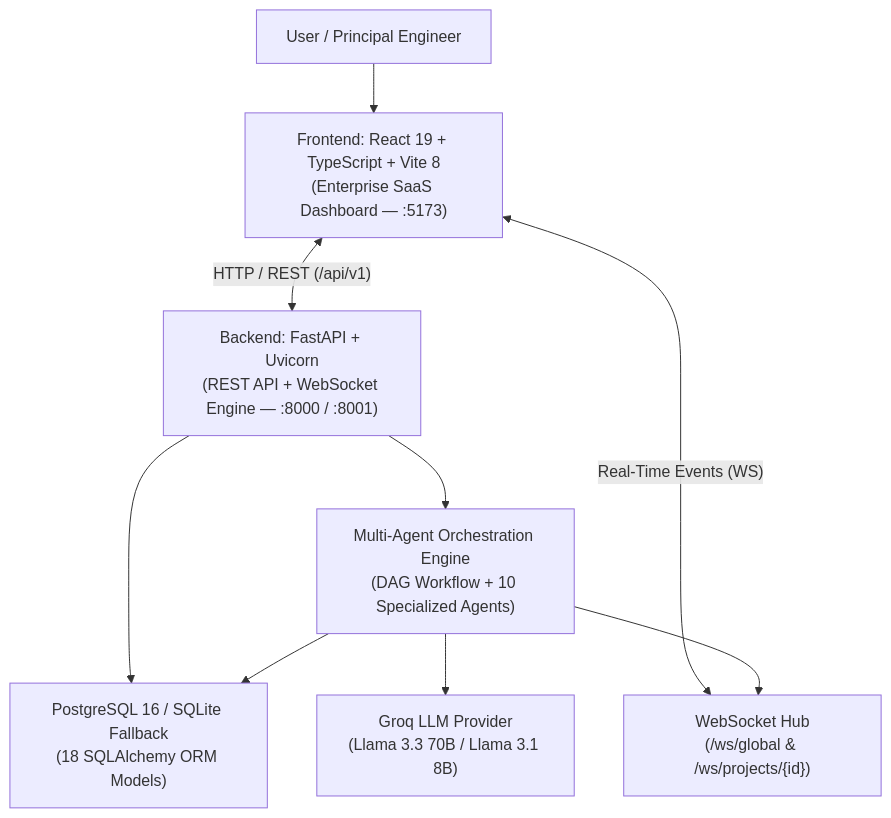
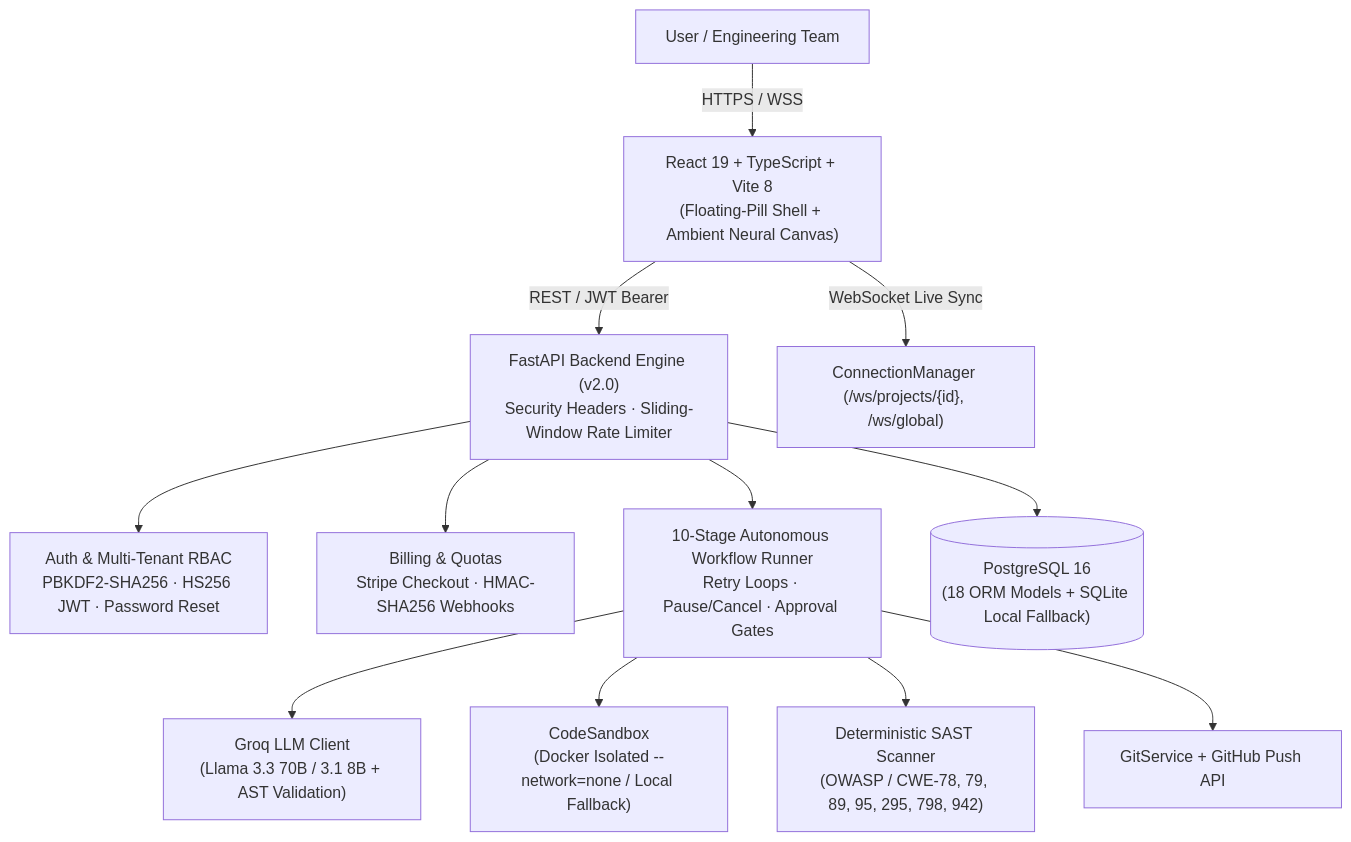
Before and after one commit to mayarmajed2/SYNAPSE-AI-Platform: the diagram in DOCUMENTATION.md, drawn with Mermaid. The commit also changed other lines of this file and 16 other files, not shown here.

````diff
--- a/DOCUMENTATION.md
+++ b/DOCUMENTATION.md
@@ -42,19 +16,17 @@
 ```mermaid
 flowchart TB
-    User["User / Principal Engineer"]
-    FE["Frontend: React 19 + TypeScript + Vite 8\n(Enterprise SaaS Dashboard — :5173)"]
-    API["Backend: FastAPI + Uvicorn\n(REST API + WebSocket Engine — :8000 / :8001)"]
-    ORCH["Multi-Agent Orchestration Engine\n(DAG Workflow + 10 Specialized Agents)"]
-    DB["PostgreSQL 16 / SQLite Fallback\n(18 SQLAlchemy ORM Models)"]
-    LLM["Groq LLM Provider\n(Llama 3.3 70B / Llama 3.1 8B)"]
-    WS["WebSocket Hub\n(/ws/global & /ws/projects/{id})"]
+    User["User / Engineering Team"] -->|HTTPS / WSS| FE["React 19 + TypeScript + Vite 8\n(Floating-Pill Shell + Ambient Neural Canvas)"]
+    FE -->|REST / JWT Bearer| API["FastAPI Backend Engine (v2.0)\nSecurity Headers · Sliding-Window Rate Limiter"]
+    FE -->|WebSocket Live Sync| WS["ConnectionManager (/ws/projects/{id}, /ws/global)"]
 
-    User --> FE
-    FE <-->|"HTTP / REST (/api/v1)"| API
-    FE <-->|"Real-Time Events (WS)"| WS
-    API --> ORCH
-    API --> DB
-    ORCH --> DB
-    ORCH --> LLM
-    ORCH --> WS
+    API --> AUTH["Auth & Multi-Tenant RBAC\nPBKDF2-SHA256 · HS256 JWT · Password Reset"]
+    API --> BILL["Billing & Quotas\nStripe Checkout · HMAC-SHA256 Webhooks"]
+    API --> WF["10-Stage Autonomous Workflow Runner\nRetry Loops · Pause/Cancel · Approval Gates"]
+
+    WF --> LLM["Groq LLM Client\n(Llama 3.3 70B / 3.1 8B + AST Validation)"]
+    WF --> SB["CodeSandbox\n(Docker Isolated --network=none / Local Fallback)"]
+    WF --> SAST["Deterministic SAST Scanner\n(OWASP / CWE-78, 79, 89, 95, 295, 798, 942)"]
+    WF --> GIT["GitService + GitHub Push API"]
+
+    API --> DB[("PostgreSQL 16\n(18 ORM Models + SQLite Local Fallback)")]
 ```
````
